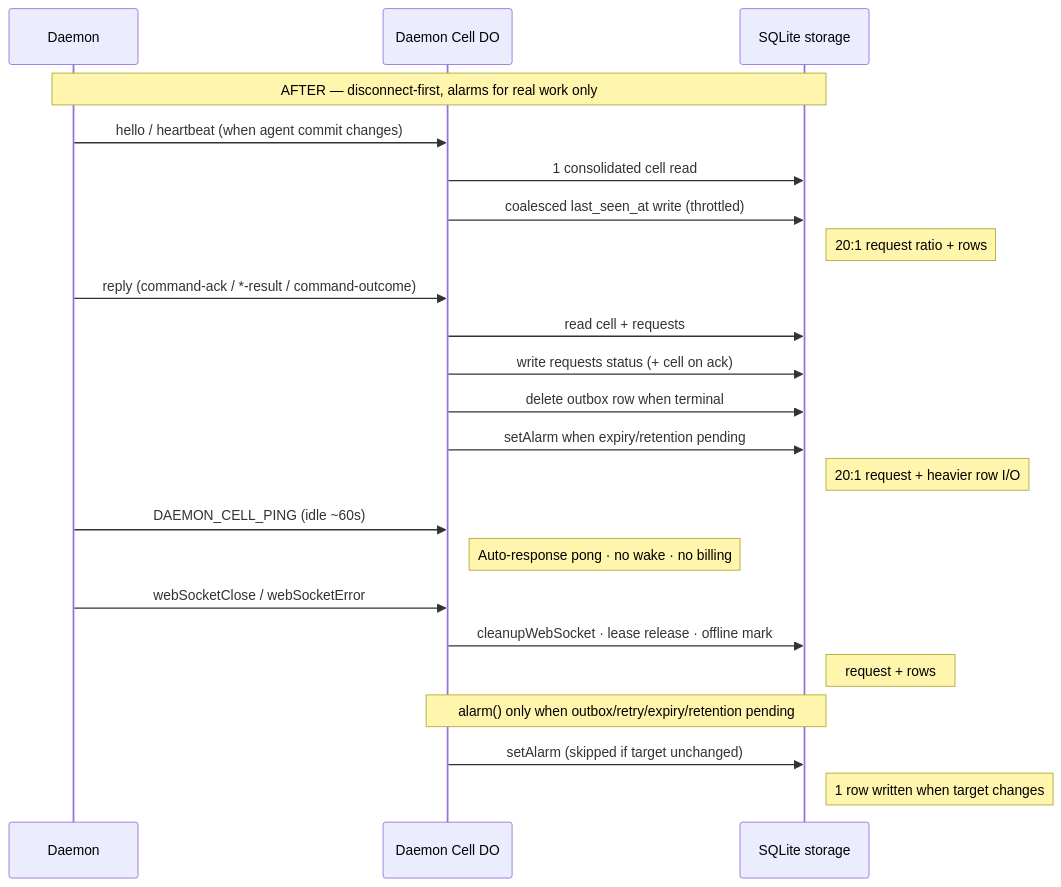
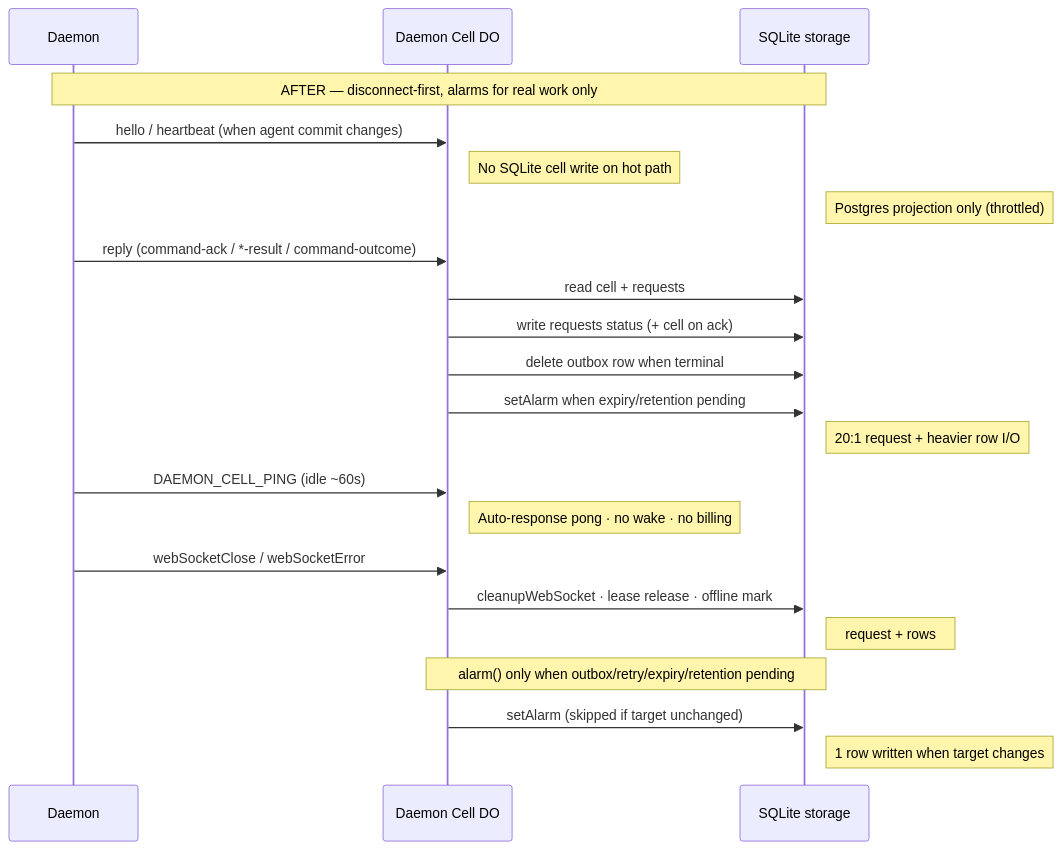
One commit to TurboPanel/website changed the third of 8 diagrams in docs/architecture/daemon-cell.mdx. Above: the diagram before and after it, drawn with Mermaid. The commit also changed other lines of this file, not shown here.

````diff
--- a/docs/architecture/daemon-cell.mdx
+++ b/docs/architecture/daemon-cell.mdx
@@ -202,31 +201,30 @@
 ```mermaid
 sequenceDiagram
     participant Daemon
     participant DO as Daemon Cell DO
     participant Storage as SQLite storage
 
     Note over Daemon,Storage: AFTER — disconnect-first, alarms for real work only
 
     Daemon->>DO: hello / heartbeat (when agent commit changes)
-    DO->>Storage: 1 consolidated cell read
-    DO->>Storage: coalesced last_seen_at write (throttled)
-    Note right of Storage: 20:1 request ratio + rows
+    Note right of DO: No SQLite cell write on hot path
+    Note right of Storage: Postgres projection only (throttled)
 
     Daemon->>DO: reply (command-ack / *-result / command-outcome)
     DO->>Storage: read cell + requests
     DO->>Storage: write requests status (+ cell on ack)
     DO->>Storage: delete outbox row when terminal
     DO->>Storage: setAlarm when expiry/retention pending
     Note right of Storage: 20:1 request + heavier row I/O
 
     Daemon->>DO: DAEMON_CELL_PING (idle ~60s)
     Note right of DO: Auto-response pong · no wake · no billing
 
     Daemon->>DO: webSocketClose / webSocketError
     DO->>Storage: cleanupWebSocket · lease release · offline mark
     Note right of Storage: request + rows
 
     Note over DO,Storage: alarm() only when outbox/retry/expiry/retention pending
     DO->>Storage: setAlarm (skipped if target unchanged)
     Note right of Storage: 1 row written when target changes
 ```
````
